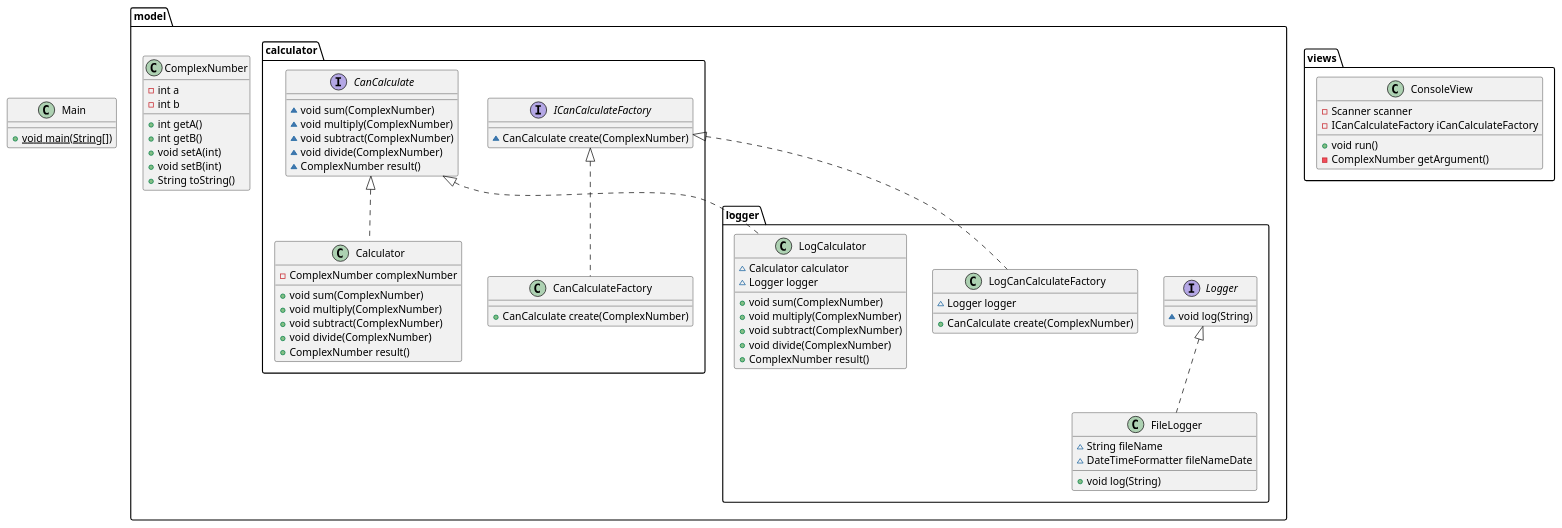
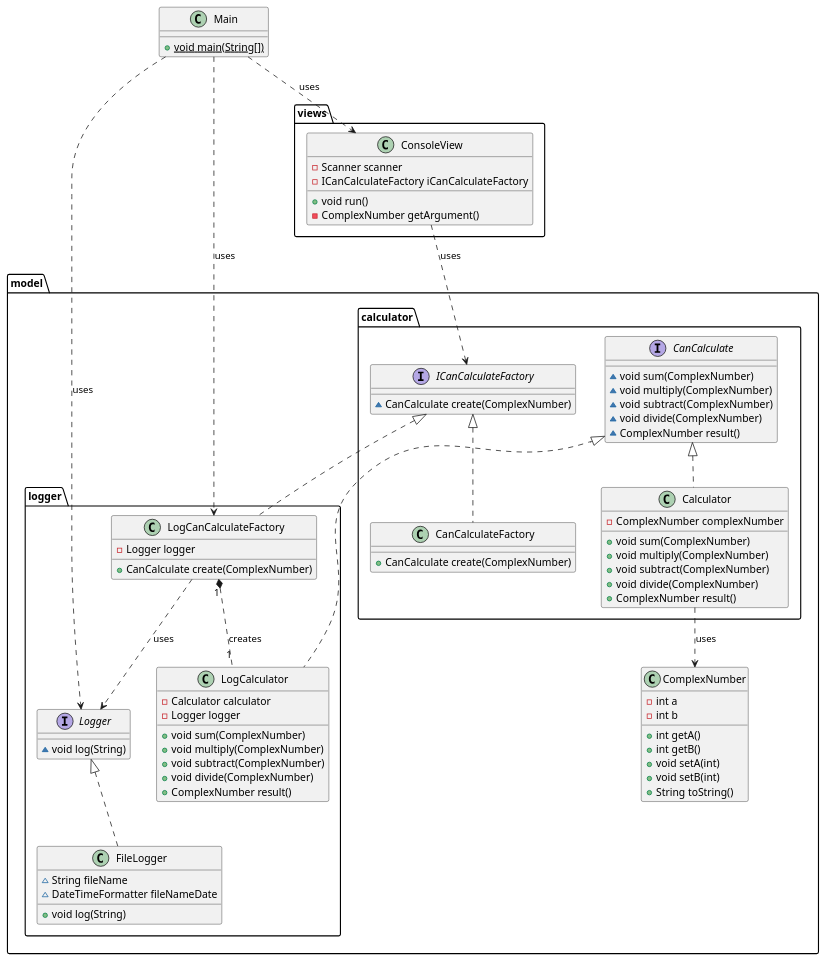
The diagram in src/main/java/seminarOne/calculatorUML.puml (RomanAnnenkov/gb_hw_seminar_architecture), drawn with PlantUML before and after one commit.

Commit message:
added relations

```diff
--- a/src/main/java/seminarOne/calculatorUML.puml
+++ b/src/main/java/seminarOne/calculatorUML.puml
@@ -1,69 +1,76 @@
 @startuml
 interface model.calculator.ICanCalculateFactory {
 ~ CanCalculate create(ComplexNumber)
 }
 class model.ComplexNumber {
 - int a
 - int b
 + int getA()
 + int getB()
 + void setA(int)
 + void setB(int)
 + String toString()
 }
 class model.logger.FileLogger {
 ~ String fileName
 ~ DateTimeFormatter fileNameDate
 + void log(String)
 }
 interface model.logger.Logger {
 ~ void log(String)
 }
 class model.logger.LogCanCalculateFactory {
-~ Logger logger
+- Logger logger
 + CanCalculate create(ComplexNumber)
 }
 class model.calculator.CanCalculateFactory {
 + CanCalculate create(ComplexNumber)
 }
 class views.ConsoleView {
 - Scanner scanner
 - ICanCalculateFactory iCanCalculateFactory
 + void run()
 - ComplexNumber getArgument()
 }
 interface model.calculator.CanCalculate {
 ~ void sum(ComplexNumber)
 ~ void multiply(ComplexNumber)
 ~ void subtract(ComplexNumber)
 ~ void divide(ComplexNumber)
 ~ ComplexNumber result()
 }
 class model.logger.LogCalculator {
-~ Calculator calculator
-~ Logger logger
+- Calculator calculator
+- Logger logger
 + void sum(ComplexNumber)
 + void multiply(ComplexNumber)
 + void subtract(ComplexNumber)
 + void divide(ComplexNumber)
 + ComplexNumber result()
 }
 class Main {
 + {static} void main(String[])
 }
 class model.calculator.Calculator {
 - ComplexNumber complexNumber
 + void sum(ComplexNumber)
 + void multiply(ComplexNumber)
 + void subtract(ComplexNumber)
 + void divide(ComplexNumber)
 + ComplexNumber result()
 }
 
 
 model.logger.Logger <|.. model.logger.FileLogger
 model.calculator.ICanCalculateFactory <|.. model.logger.LogCanCalculateFactory
 model.calculator.ICanCalculateFactory <|.. model.calculator.CanCalculateFactory
 model.calculator.CanCalculate <|.. model.logger.LogCalculator
 model.calculator.CanCalculate <|.. model.calculator.Calculator
+Main ..> Logger : uses
+Main ..> LogCanCalculateFactory : uses
+Main ..> ConsoleView : uses
+ConsoleView ..> ICanCalculateFactory : uses
+Calculator ..> ComplexNumber : uses
+LogCanCalculateFactory ..> Logger : uses
+LogCanCalculateFactory "1" *.. "1" LogCalculator : creates
 @enduml
```
